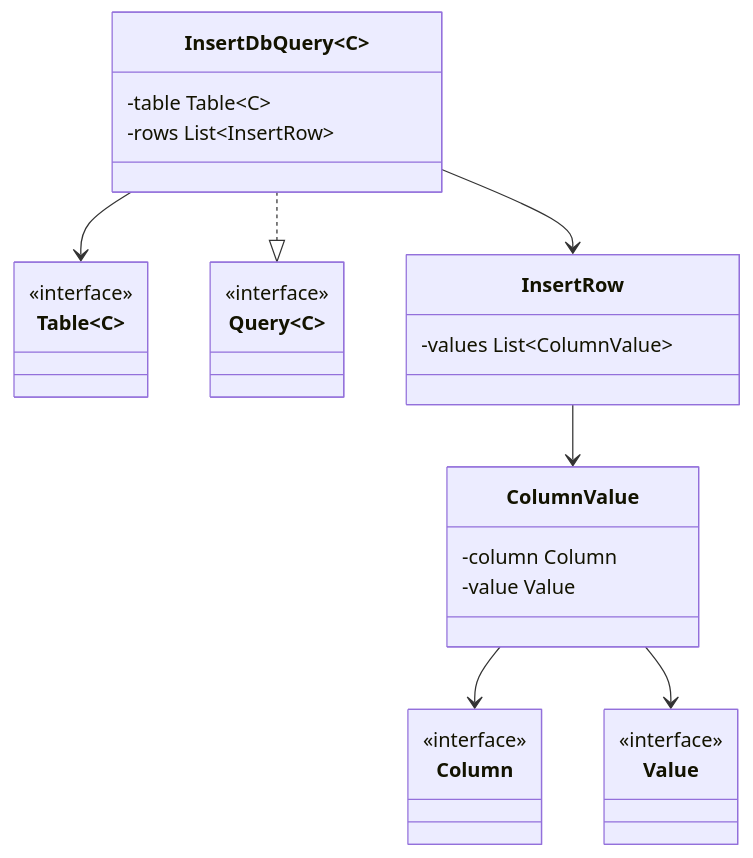
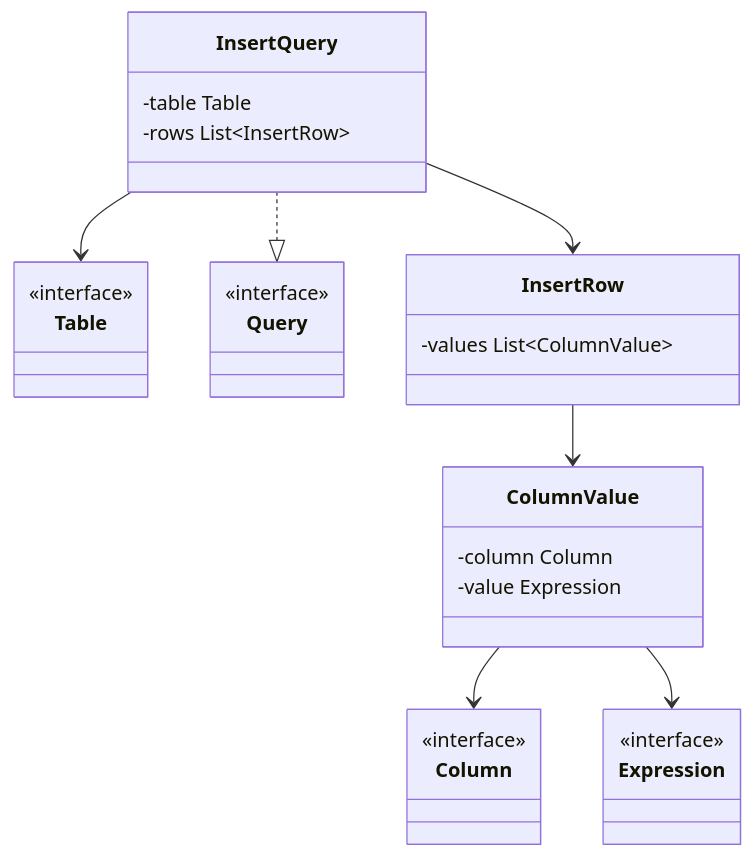
One commit to safarislava/QueryBricks changed the eighth of 10 diagrams in docs/domain.md. Above: the diagram before and after it, drawn with Mermaid. The commit also changed other lines of this file, not shown here.

Commit message:
docs: Remove schema

````diff
--- a/docs/domain.md
+++ b/docs/domain.md
@@ -256,38 +251,38 @@
 ```mermaid
 classDiagram
-    class Table~C~ {
+    class Table {
         <<interface>>
     }
     
-    class Query~C~ {
+    class Query {
         <<interface>>
     }
 
-    class Value {
+    class Expression {
         <<interface>>
     }
 
     class Column {
         <<interface>>
     }
 
     class ColumnValue {
         -column Column
-        -value Value
+        -value Expression
     }
     ColumnValue --> Column
-    ColumnValue --> Value
+    ColumnValue --> Expression
 
     class InsertRow {
         -values List~ColumnValue~
     }
     InsertRow --> ColumnValue
 
-    class InsertDbQuery~C~ {
-        -table Table~C~
+    class InsertQuery {
+        -table Table
         -rows List~InsertRow~
     }
-    InsertDbQuery ..|> Query
-    InsertDbQuery --> Table
-    InsertDbQuery --> InsertRow
+    InsertQuery ..|> Query
+    InsertQuery --> Table
+    InsertQuery --> InsertRow
 ```
````
